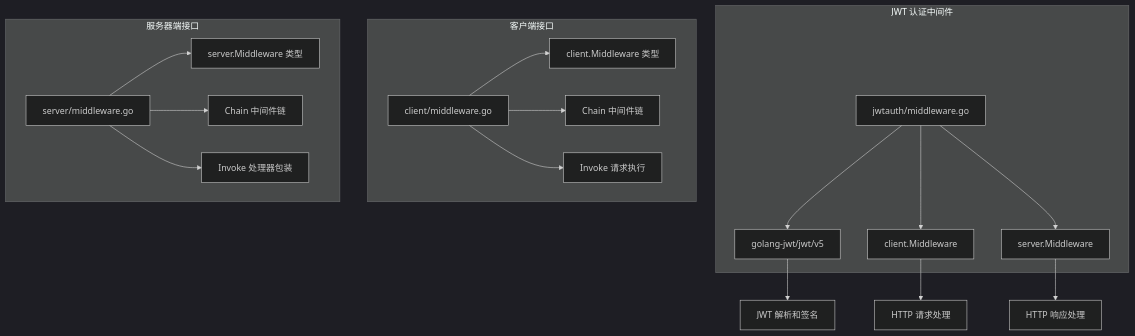
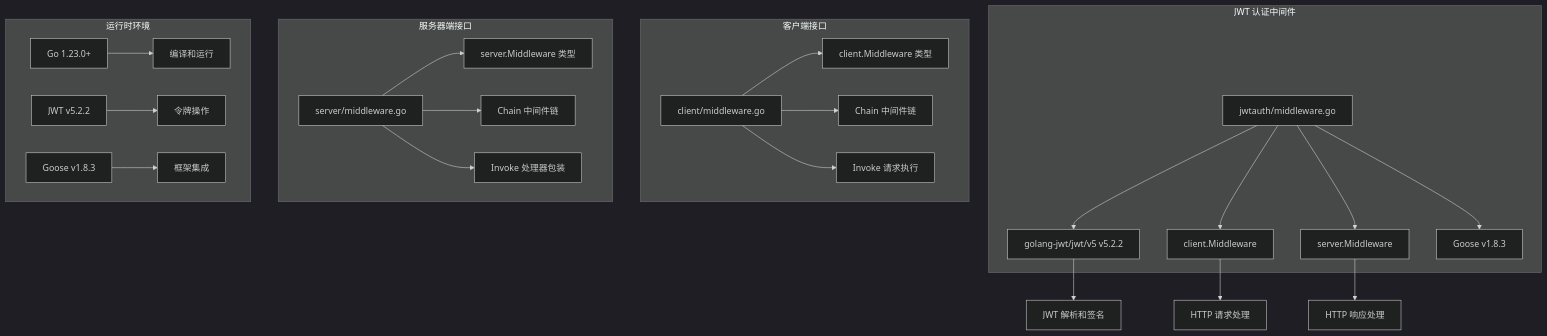
One commit to soyacen/goose changed the sixth of 6 diagrams in .agents/repowiki/zh/content/高级中间件/JWT 认证中间件.md. Above: the diagram before and after it, drawn with Mermaid (dark theme). The commit also changed other lines of this file and 51 other files, not shown here.

````diff
--- a/.agents/repowiki/zh/content/高级中间件/JWT 认证中间件.md
+++ b/.agents/repowiki/zh/content/高级中间件/JWT 认证中间件.md
@@ -262,21 +277,27 @@
 ```mermaid
 graph TB
 subgraph "JWT 认证中间件"
-A[jwtauth/middleware.go] --> B[golang-jwt/jwt/v5]
+A[jwtauth/middleware.go] --> B[golang-jwt/jwt/v5 v5.2.2]
 A --> C[client.Middleware]
 A --> D[server.Middleware]
+A --> E[Goose v1.8.3]
 end
 subgraph "客户端接口"
-E[client/middleware.go] --> F[client.Middleware 类型]
-E --> G[Chain 中间件链]
-E --> H[Invoke 请求执行]
+F[client/middleware.go] --> G[client.Middleware 类型]
+F --> H[Chain 中间件链]
+F --> I[Invoke 请求执行]
 end
 subgraph "服务器端接口"
-I[server/middleware.go] --> J[server.Middleware 类型]
-I --> K[Chain 中间件链]
-I --> L[Invoke 处理器包装]
+J[server/middleware.go] --> K[server.Middleware 类型]
+J --> L[Chain 中间件链]
+J --> M[Invoke 处理器包装]
 end
-B --> M[JWT 解析和签名]
-C --> N[HTTP 请求处理]
-D --> O[HTTP 响应处理]
+subgraph "运行时环境"
+N[Go 1.23.0+] --> O[编译和运行]
+P[JWT v5.2.2] --> Q[令牌操作]
+R[Goose v1.8.3] --> S[框架集成]
+end
+B --> T[JWT 解析和签名]
+C --> U[HTTP 请求处理]
+D --> V[HTTP 响应处理]
 ```
````
